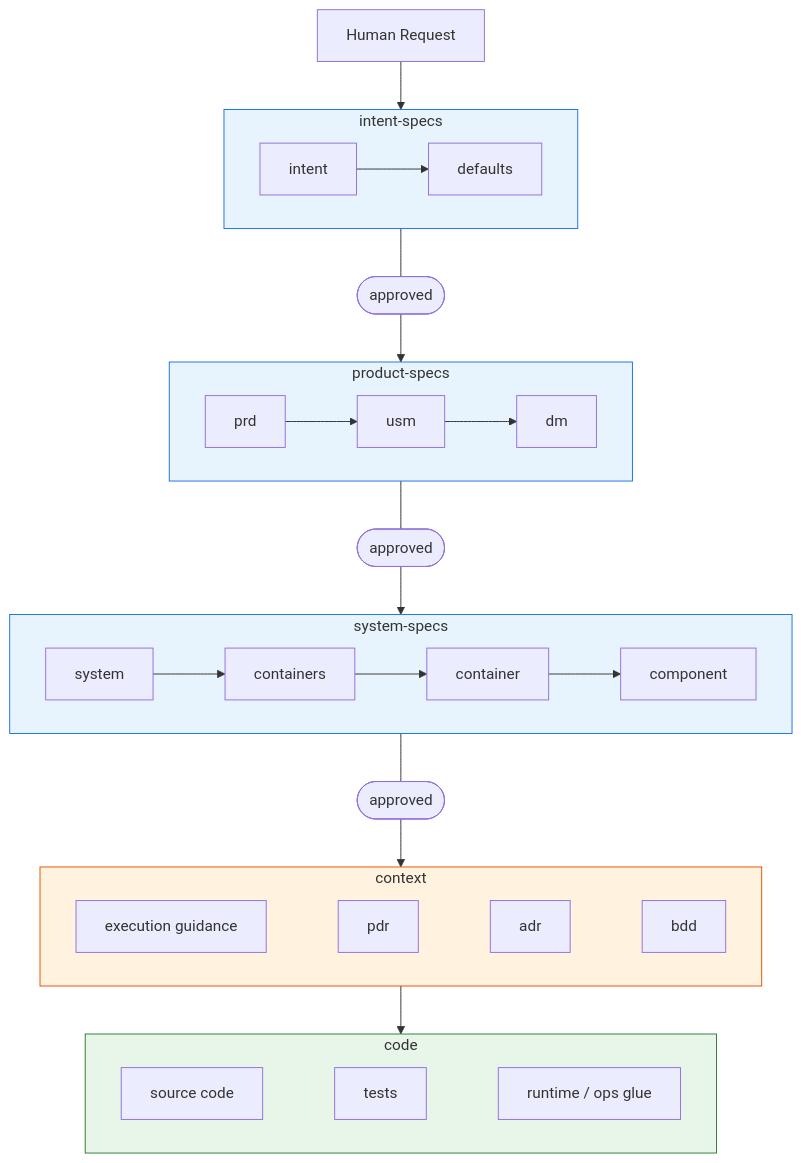
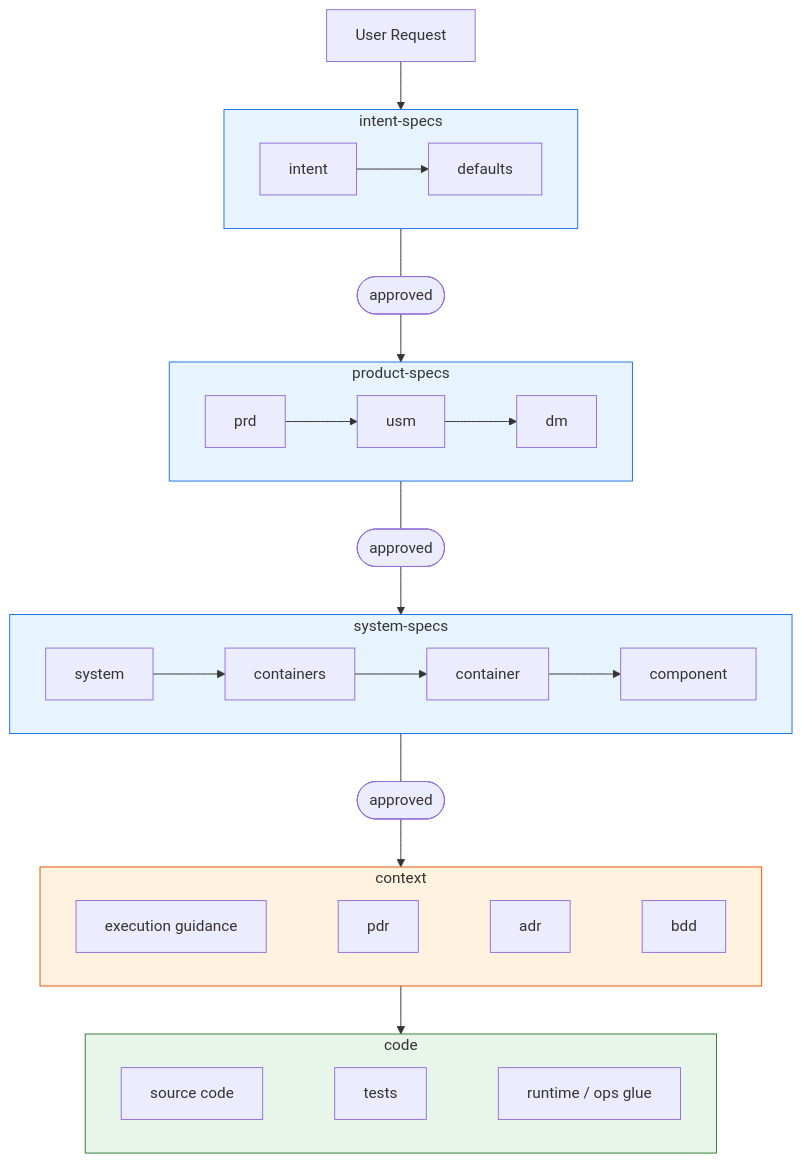
The first of 5 diagrams in v02/vibeloom-methodology.md (dahans-msft2/vibeloom-copilot-cli), drawn with Mermaid before and after one commit. The commit also changed other lines of this file and 4 other files, not shown here.

````diff
--- a/v02/vibeloom-methodology.md
+++ b/v02/vibeloom-methodology.md
@@ -97,42 +65,42 @@
 ```mermaid
 graph TD
-    H[Human Request] --> T1
+    H[User Request] --> T1
 
     subgraph T1 [intent-specs]
         direction LR
         intent[intent] --> defaults[defaults]
     end
     T1 --- A1([approved])
 
     A1 --> T2
     subgraph T2 [product-specs]
         direction LR
         prd[prd] --> usm[usm] --> dm[dm]
     end
     T2 --- A2([approved])
 
     A2 --> T3
     subgraph T3 [system-specs]
         direction LR
         system[system] --> containers[containers] --> container[container] --> component[component]
     end
     T3 --- A3([approved])
 
     A3 --> T4
     subgraph T4 [context]
         direction LR
         exec_guidance[execution guidance] ~~~ pdr[pdr] ~~~ adr[adr] ~~~ bdd[bdd]
     end
 
     T4 --> T5
     subgraph T5 [code]
         direction LR
         source[source code] ~~~ tests[tests] ~~~ ops[runtime / ops glue]
     end
 
     style T1 fill:#e8f4fd,stroke:#1a73e8
     style T2 fill:#e8f4fd,stroke:#1a73e8
     style T3 fill:#e8f4fd,stroke:#1a73e8
     style T4 fill:#fff3e0,stroke:#e65100
     style T5 fill:#e8f5e9,stroke:#2e7d32
 ```
````
